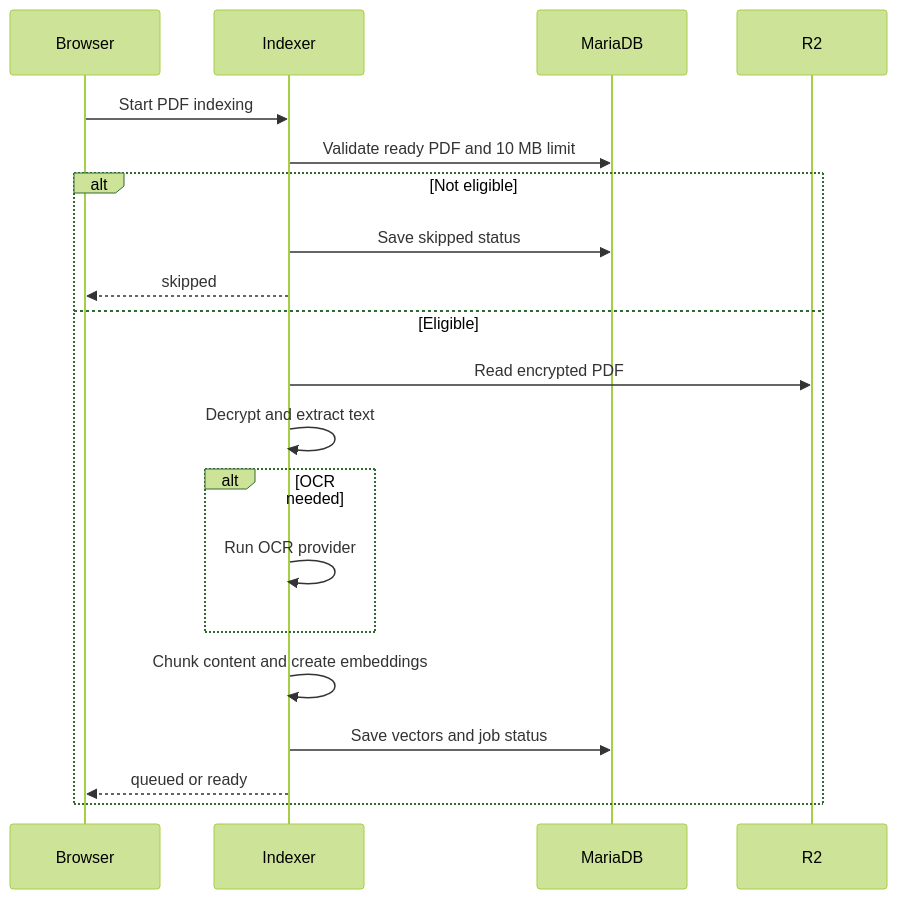
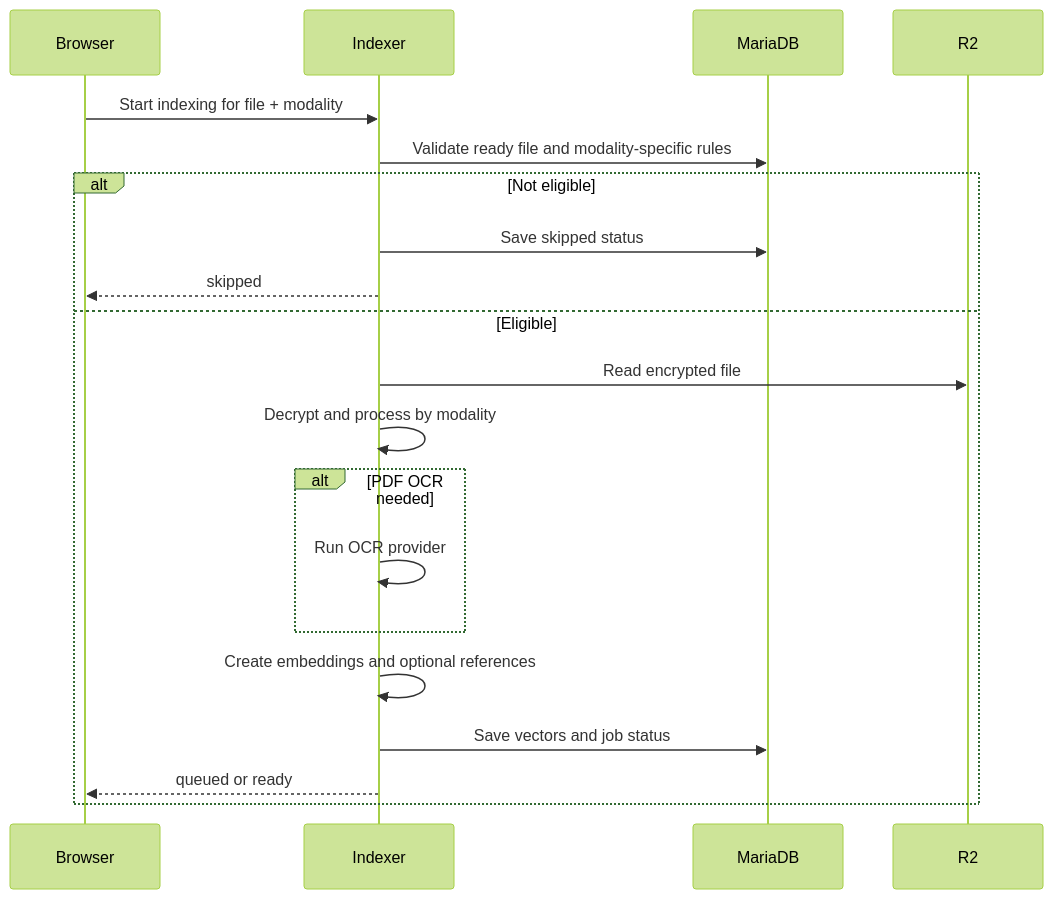
One commit to MariaDB-Hackathon-MY-2026/securevault changed the fourth of 10 diagrams in docs/02-architecture.md. Above: the diagram before and after it, drawn with Mermaid (forest theme). The commit also changed other lines of this file and 35 other files, not shown here.

````diff
--- a/docs/02-architecture.md
+++ b/docs/02-architecture.md
@@ -117,23 +117,23 @@
 ```mermaid
 sequenceDiagram
     participant Browser
     participant Indexer
     participant MariaDB
     participant R2
 
-    Browser->>Indexer: Start PDF indexing
-    Indexer->>MariaDB: Validate ready PDF and 10 MB limit
+    Browser->>Indexer: Start indexing for file + modality
+    Indexer->>MariaDB: Validate ready file and modality-specific rules
     alt Not eligible
         Indexer->>MariaDB: Save skipped status
         Indexer-->>Browser: skipped
     else Eligible
-        Indexer->>R2: Read encrypted PDF
-        Indexer->>Indexer: Decrypt and extract text
-        alt OCR needed
+        Indexer->>R2: Read encrypted file
+        Indexer->>Indexer: Decrypt and process by modality
+        alt PDF OCR needed
             Indexer->>Indexer: Run OCR provider
         end
-        Indexer->>Indexer: Chunk content and create embeddings
+        Indexer->>Indexer: Create embeddings and optional references
         Indexer->>MariaDB: Save vectors and job status
         Indexer-->>Browser: queued or ready
     end
 ```
````
